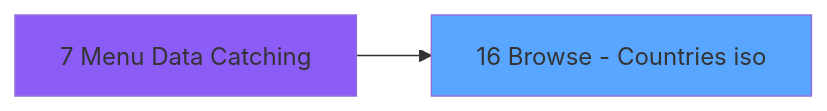
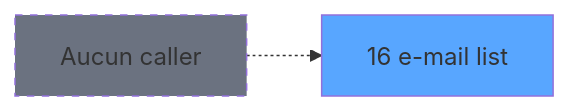
Before and after one commit to thonyAGP/magic-migration: the second of 3 diagrams in .openspec/specs/ADH-IDE-16.md, drawn with Mermaid. The commit also changed other lines of this file and 311 other files, not shown here.

````diff
--- a/.openspec/specs/ADH-IDE-16.md
+++ b/.openspec/specs/ADH-IDE-16.md
@@ -855,8 +109,8 @@
 ```mermaid
 graph LR
-    T16[16 Browse - Countries iso]
+    T16[16 e-mail list]
     style T16 fill:#58a6ff
-    CC7[7 Menu Data Catching]
-    style CC7 fill:#8b5cf6
-    CC7 --> T16
+    NONE[Aucun caller]
+    NONE -.-> T16
+    style NONE fill:#6b7280,stroke-dasharray: 5 5
 ```
````
